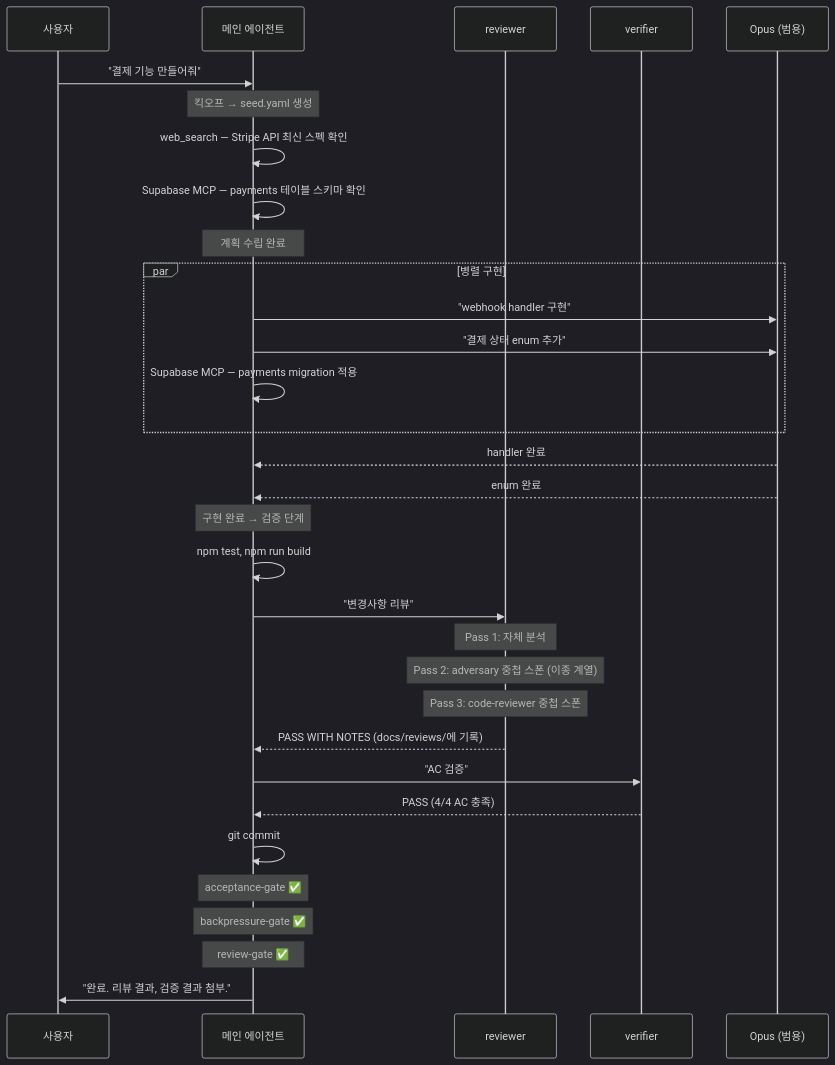
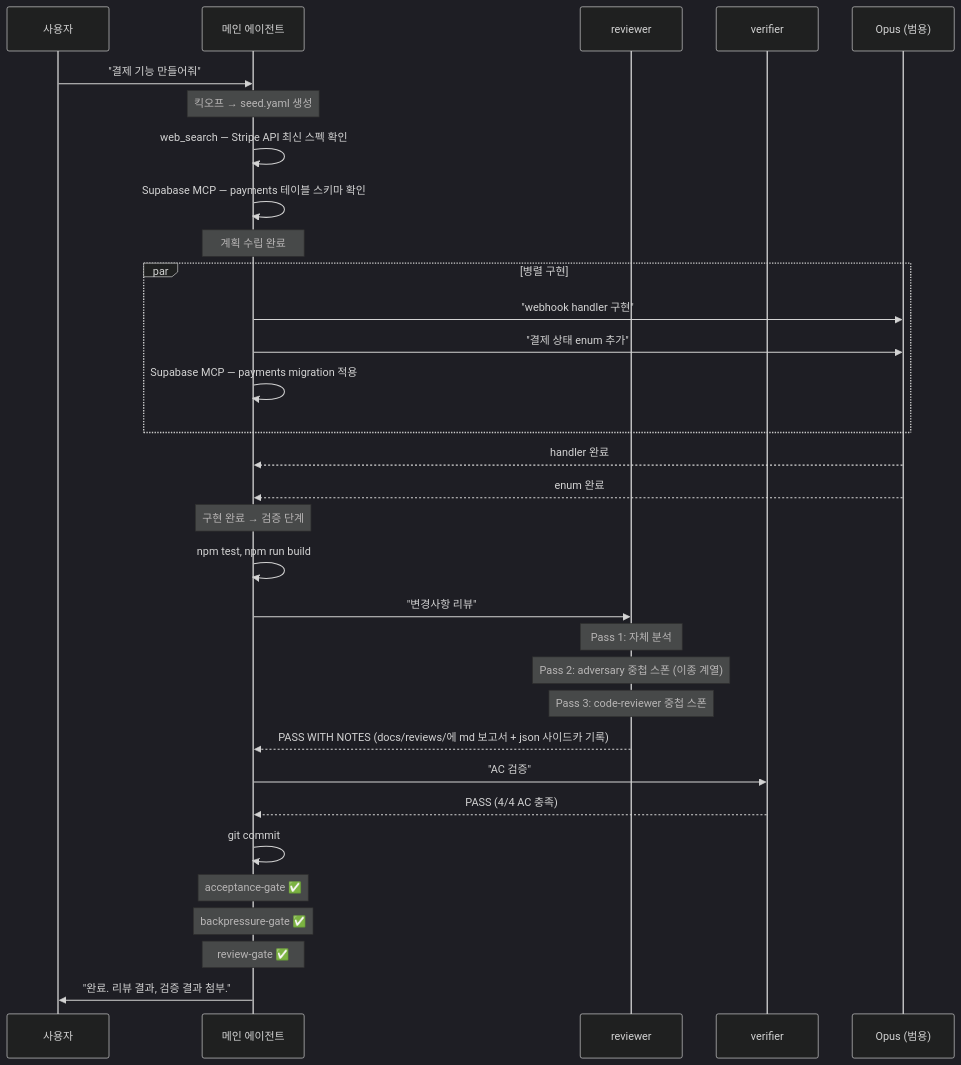
One commit to rae-hugo-kim/omp changed the third of 3 diagrams in docs/architecture/workflow-lifecycle.md. Above: the diagram before and after it, drawn with Mermaid (dark theme). The commit also changed other lines of this file and 13 other files, not shown here.

````diff
--- a/docs/architecture/workflow-lifecycle.md
+++ b/docs/architecture/workflow-lifecycle.md
@@ -248,44 +254,44 @@
 ```mermaid
 sequenceDiagram
     participant U as 사용자
     participant M as 메인 에이전트
     participant RV as reviewer
     participant VF as verifier
     participant OE as Opus (범용)
 
     U->>M: "결제 기능 만들어줘"
     Note over M: 킥오프 → seed.yaml 생성
 
     M->>M: web_search — Stripe API 최신 스펙 확인
     M->>M: Supabase MCP — payments 테이블 스키마 확인
 
     Note over M: 계획 수립 완료
 
     par 병렬 구현
         M->>OE: "webhook handler 구현"
         M->>OE: "결제 상태 enum 추가"
         M->>M: Supabase MCP — payments migration 적용
     end
     OE-->>M: handler 완료
     OE-->>M: enum 완료
 
     Note over M: 구현 완료 → 검증 단계
 
     M->>M: npm test, npm run build
 
     M->>RV: "변경사항 리뷰"
     Note over RV: Pass 1: 자체 분석
     Note over RV: Pass 2: adversary 중첩 스폰 (이종 계열)
     Note over RV: Pass 3: code-reviewer 중첩 스폰
-    RV-->>M: PASS WITH NOTES (docs/reviews/에 기록)
+    RV-->>M: PASS WITH NOTES (docs/reviews/에 md 보고서 + json 사이드카 기록)
 
     M->>VF: "AC 검증"
     VF-->>M: PASS (4/4 AC 충족)
 
     M->>M: git commit
     Note over M: acceptance-gate ✅
     Note over M: backpressure-gate ✅
     Note over M: review-gate ✅
 
     M->>U: "완료. 리뷰 결과, 검증 결과 첨부."
 ```
````
